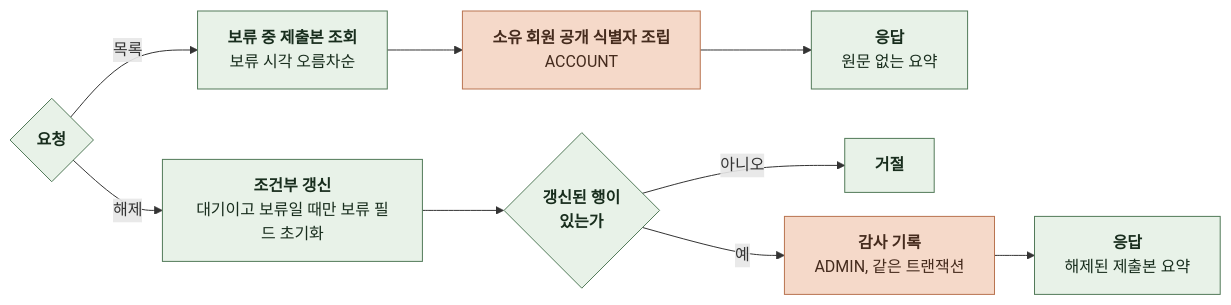
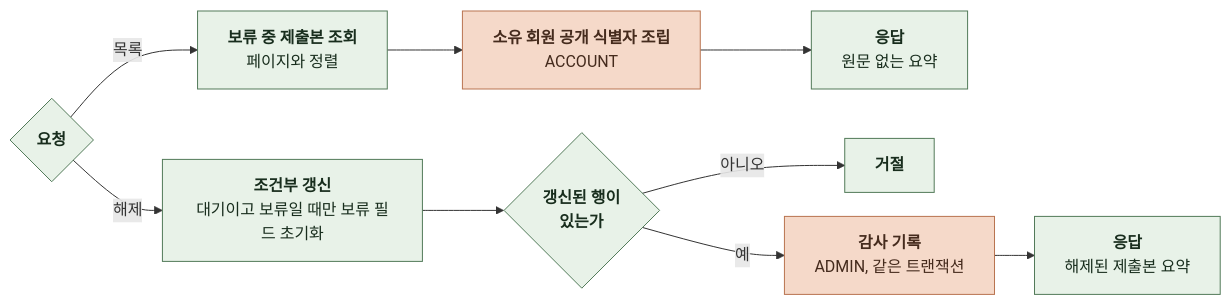
One commit to KIM-N-KANG/knk-harness changed the tenth of 10 diagrams in docs/domain/MODERATION/BACKEND/4-1-PIPELINES.md. Above: the diagram before and after it, drawn with Mermaid. The commit also changed other lines of this file and 15 other files, not shown here.

````diff
--- a/docs/domain/MODERATION/BACKEND/4-1-PIPELINES.md
+++ b/docs/domain/MODERATION/BACKEND/4-1-PIPELINES.md
@@ -297,23 +297,23 @@
 ```mermaid
 %%{init: {"flowchart": {"curve": "basis", "nodeSpacing": 24, "rankSpacing": 40}}}%%
 flowchart LR
     A{"`**요청**`"} -->|목록| B["`**보류 중 제출본 조회**
-보류 시각 오름차순`"]
+페이지와 정렬`"]
     B --> C["`**소유 회원 공개 식별자 조립**
 ACCOUNT`"]
     C --> D["`**응답**
 원문 없는 요약`"]
     A -->|해제| E["`**조건부 갱신**
 대기이고 보류일 때만 보류 필드 초기화`"]
     E --> F{"`**갱신된 행이
 있는가**`"}
     F -->|아니오| X["`**거절**`"]
     F -->|예| G["`**감사 기록**
 ADMIN, 같은 트랜잭션`"]
     G --> H["`**응답**
 해제된 제출본 요약`"]
     classDef comp fill:#E8F2E8,stroke:#527A59,color:#182D1D
     classDef task fill:#F5D9C9,stroke:#B97450,color:#452B1D
     class A,B,D,E,F,H,X comp
     class C,G task
 ```
````
